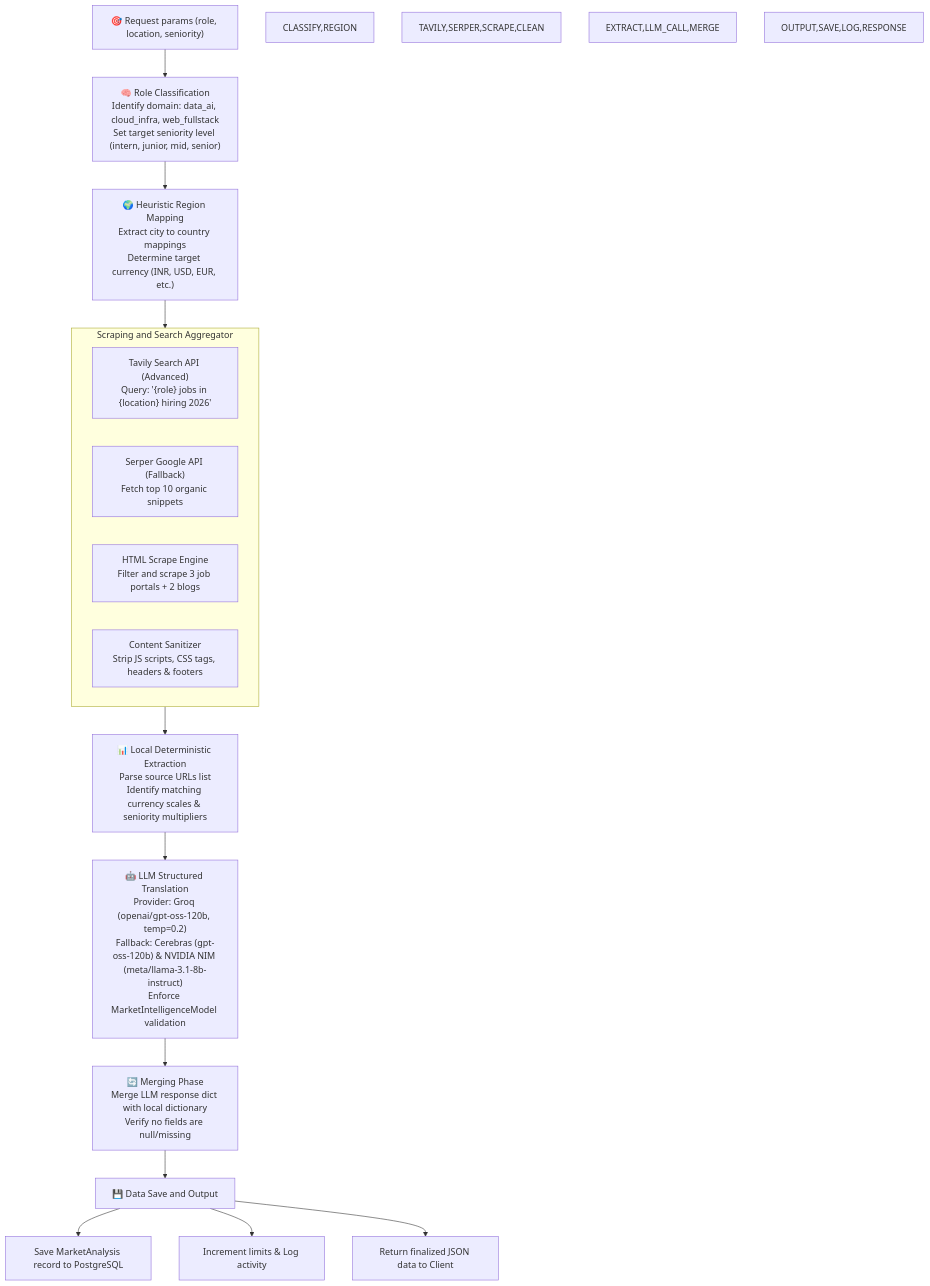
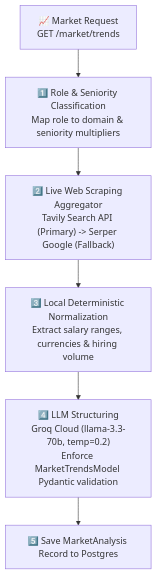
One commit to Anil-Pradhan-web/ai-career-mentor changed diagram 21 of 34 in documentation/ARCHITECTURE.md. Above: the diagram before and after it, drawn with Mermaid. The commit also changed other lines of this file, not shown here.

Commit message:
docs: expand ARCHITECTURE.md Data Flows to cover all 6 core workflows and detail Resume & Roadmap RAG pipelines

````diff
--- a/documentation/ARCHITECTURE.md
+++ b/documentation/ARCHITECTURE.md
@@ -1080,41 +1046,12 @@
 ```mermaid
 flowchart TD
-    classDef input fill:#818cf8,color:#fff,stroke:#6366f1
-    classDef search fill:#06b6d4,color:#fff,stroke:#0891b2
-    classDef process fill:#f59e0b,color:#fff,stroke:#d97706
-    classDef llm fill:#7c3aed,color:#fff,stroke:#a78bfa
-    classDef output fill:#34d399,color:#fff,stroke:#10b981
-
-    INPUT["🎯 Request params (role, location, seniority)"]
+    REQ["📈 Market Request<br/>GET /market/trends"] --> CLASSIFY["1️⃣ Role & Seniority Classification<br/>Map role to domain & seniority multipliers"]
     
-    INPUT --> CLASSIFY["🧠 Role Classification<br/>Identify domain: data_ai, cloud_infra, web_fullstack<br/>Set target seniority level (intern, junior, mid, senior)"]
+    CLASSIFY --> SEARCH["2️⃣ Live Web Scraping Aggregator<br/>Tavily Search API (Primary) -> Serper Google (Fallback)"]
     
-    CLASSIFY --> REGION["🌍 Heuristic Region Mapping<br/>Extract city to country mappings<br/>Determine target currency (INR, USD, EUR, etc.)"]
+    SEARCH --> EXTRACT["3️⃣ Local Deterministic Normalization<br/>Extract salary ranges, currencies & hiring volume"]
     
-    REGION --> SEARCH["🔍 Executing Search Queries"]
+    EXTRACT --> LLM["4️⃣ LLM Structuring<br/>Groq Cloud (llama-3.3-70b, temp=0.2)<br/>Enforce MarketTrendsModel Pydantic validation"]
     
-    subgraph SEARCH [Scraping and Search Aggregator]
-        TAVILY["Tavily Search API (Advanced)<br/>Query: '{role} jobs in {location} hiring 2026'"]
-        SERPER["Serper Google API (Fallback)<br/>Fetch top 10 organic snippets"]
-        SCRAPE["HTML Scrape Engine<br/>Filter and scrape 3 job portals + 2 blogs"]
-        CLEAN["Content Sanitizer<br/>Strip JS scripts, CSS tags, headers & footers"]
-    end
-    
-    SEARCH --> EXTRACT["📊 Local Deterministic Extraction<br/>Parse source URLs list<br/>Identify matching currency scales & seniority multipliers"]
-    
-    EXTRACT --> LLM_CALL["🤖 LLM Structured Translation<br/>Provider: Groq (openai/gpt-oss-120b, temp=0.2)<br/>Fallback: Cerebras (gpt-oss-120b) & NVIDIA NIM (meta/llama-3.1-8b-instruct)<br/>Enforce MarketIntelligenceModel validation"]
-    
-    LLM_CALL --> MERGE["🔄 Merging Phase<br/>Merge LLM response dict with local dictionary<br/>Verify no fields are null/missing"]
-    
-    MERGE --> OUTPUT["💾 Data Save and Output"]
-    
-    OUTPUT --> SAVE["Save MarketAnalysis record to PostgreSQL"]
-    OUTPUT --> LOG["Increment limits & Log activity"]
-    OUTPUT --> RESPONSE["Return finalized JSON data to Client"]
-
-    style INPUT input
-    style CLASSIFY,REGION process
-    style TAVILY,SERPER,SCRAPE,CLEAN search
-    style EXTRACT,LLM_CALL,MERGE llm
-    style OUTPUT,SAVE,LOG,RESPONSE output
+    LLM --> DB_SAVE["5️⃣ Save MarketAnalysis Record to Postgres"]
 ```
````
